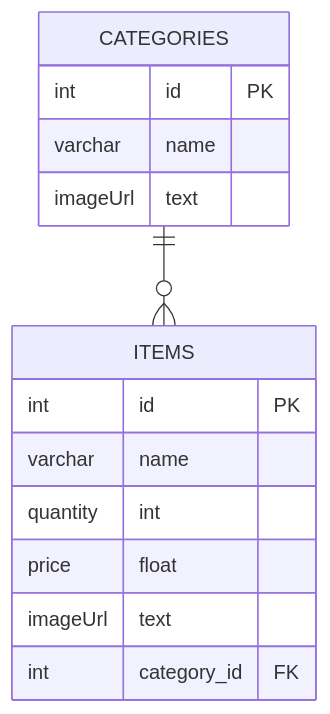
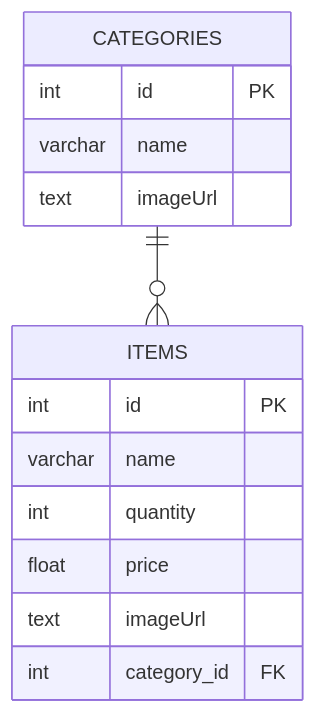
One commit to ernestviola/inventory-application changed the second of 2 diagrams in README.md. Above: the diagram before and after it, drawn with Mermaid. The commit also changed 2 other files, not shown here.

Commit message:
feat: Category CRUD scripts
Create some of the scripts for CRUD actions.

````diff
--- a/README.md
+++ b/README.md
@@ -38,19 +38,19 @@
 ```mermaid
 erDiagram
   CATEGORIES ||--o{ITEMS : ""
 
   CATEGORIES {
-      int id PK
-      varchar name
-      imageUrl text
+    int id PK
+    varchar name
+    text imageUrl
   }
 
   ITEMS {
-     int id PK
-     varchar name
-     quantity int
-     price float
-     imageUrl text
-     int category_id FK
+    int id PK
+    varchar name
+    int quantity
+    float price
+    text imageUrl
+    int category_id FK
   }
 ```
````
